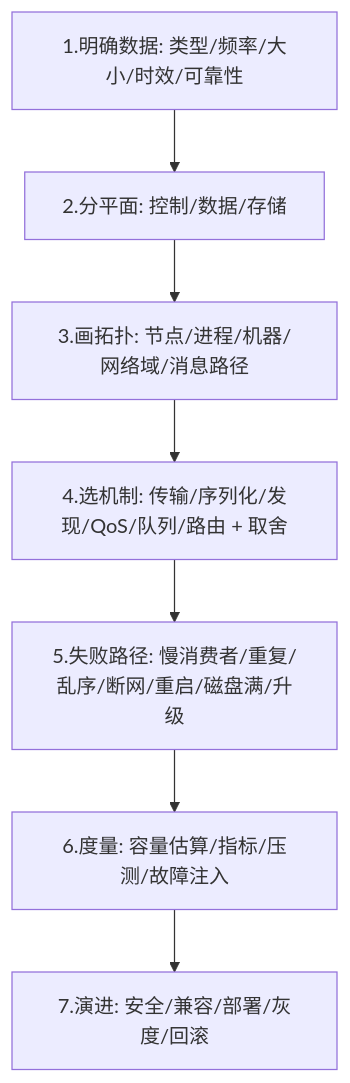
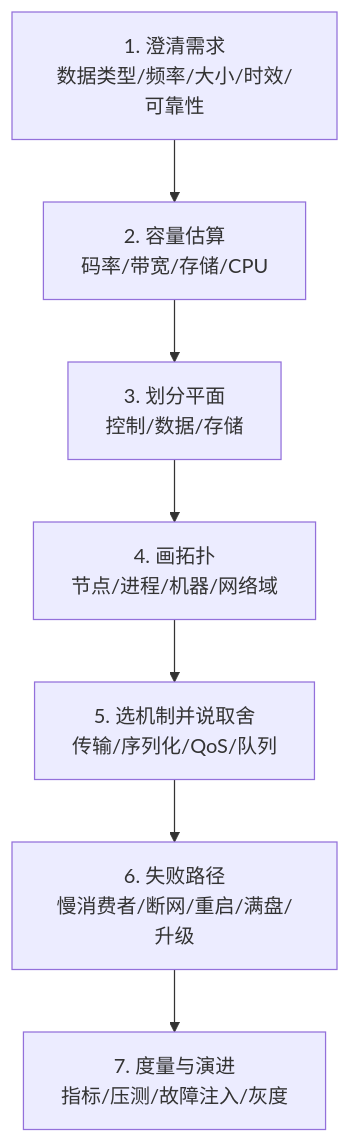
One commit to cavemancave/mw-study changed the second of 3 diagrams in docs/chapter11.md. Above: the diagram before and after it, drawn with Mermaid. The commit also changed other lines of this file, not shown here.

````diff
--- a/docs/chapter11.md
+++ b/docs/chapter11.md
@@ -81,9 +381,9 @@
 ```mermaid
 flowchart TB
-    S1[1.明确数据: 类型/频率/大小/时效/可靠性] --> S2[2.分平面: 控制/数据/存储]
-    S2 --> S3[3.画拓扑: 节点/进程/机器/网络域/消息路径]
-    S3 --> S4[4.选机制: 传输/序列化/发现/QoS/队列/路由 + 取舍]
-    S4 --> S5[5.失败路径: 慢消费者/重复/乱序/断网/重启/磁盘满/升级]
-    S5 --> S6[6.度量: 容量估算/指标/压测/故障注入]
-    S6 --> S7[7.演进: 安全/兼容/部署/灰度/回滚]
+    S1["1. 澄清需求<br/>数据类型/频率/大小/时效/可靠性"] --> S2["2. 容量估算<br/>码率/带宽/存储/CPU"]
+    S2 --> S3["3. 划分平面<br/>控制/数据/存储"]
+    S3 --> S4["4. 画拓扑<br/>节点/进程/机器/网络域"]
+    S4 --> S5["5. 选机制并说取舍<br/>传输/序列化/QoS/队列"]
+    S5 --> S6["6. 失败路径<br/>慢消费者/断网/重启/满盘/升级"]
+    S6 --> S7["7. 度量与演进<br/>指标/压测/故障注入/灰度"]
 ```
````
